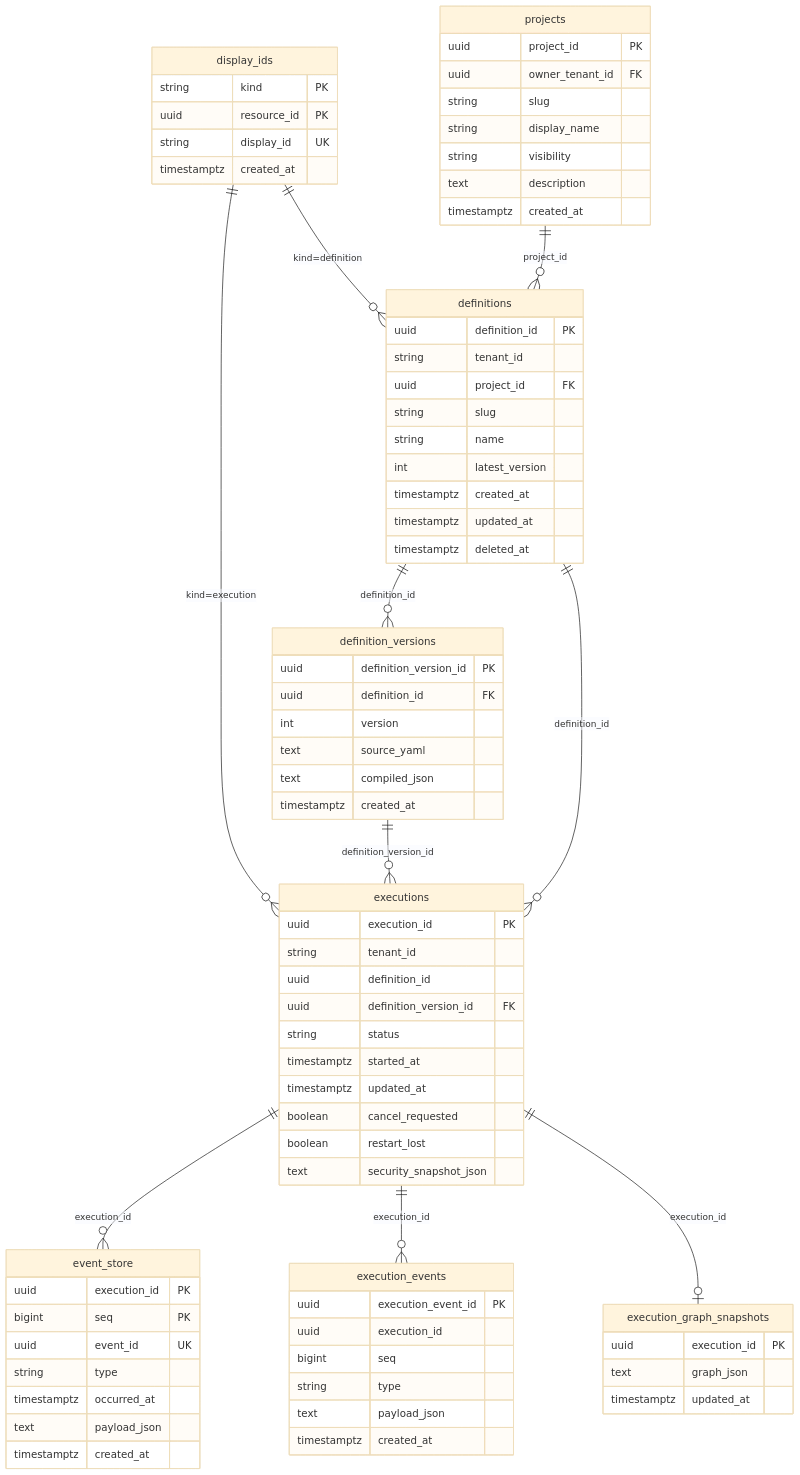
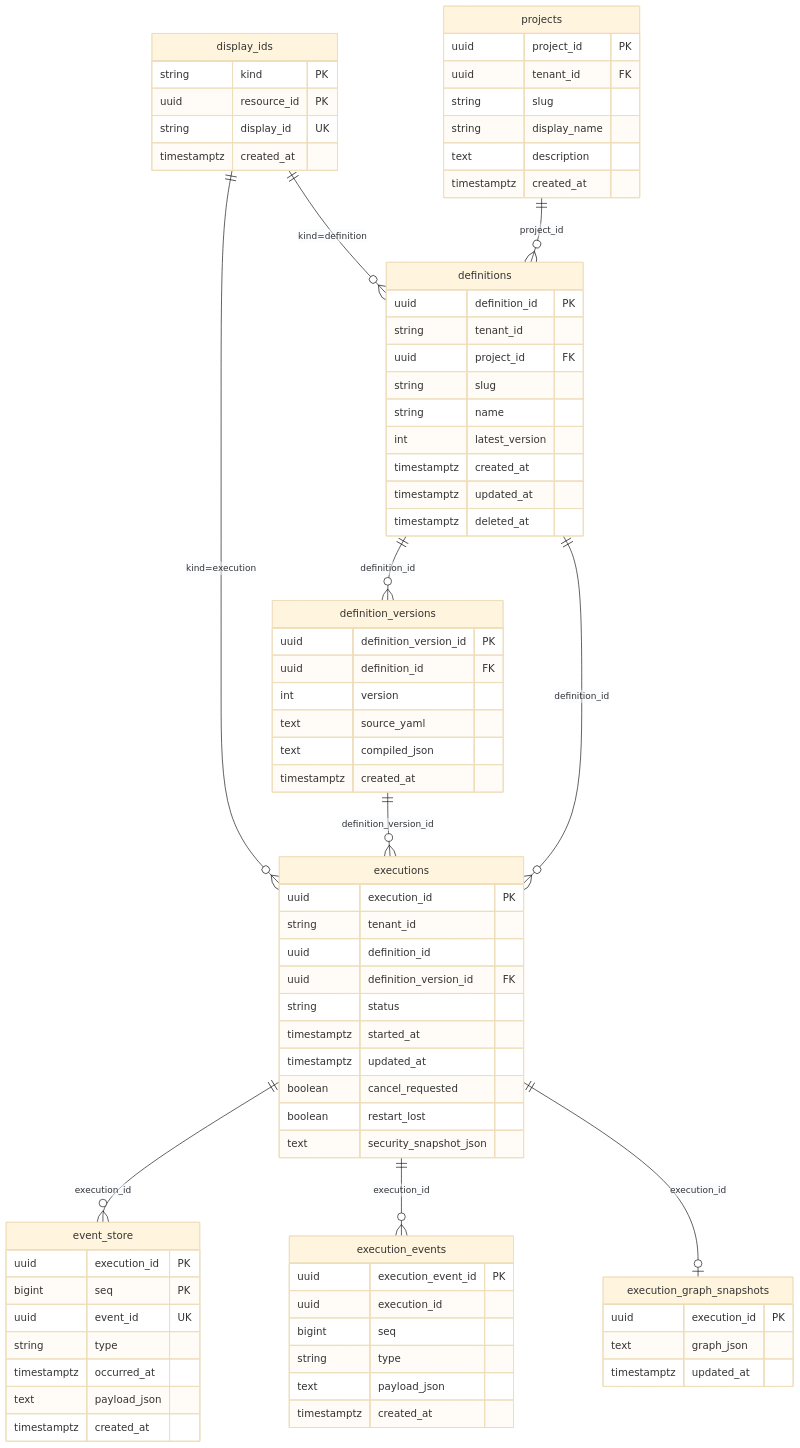
The first of 5 diagrams in docs/reference/database-schema.md (statevia/statevia), drawn with Mermaid (base theme) before and after one commit. The commit also changed other lines of this file and 12 other files, not shown here.

```diff
--- a/docs/reference/database-schema.md
+++ b/docs/reference/database-schema.md
@@ -661,10 +661,9 @@
 
   projects {
     uuid project_id PK
-    uuid owner_tenant_id FK
+    uuid tenant_id FK
     string slug
     string display_name
-    string visibility
     text description
     timestamptz created_at
   }
```
